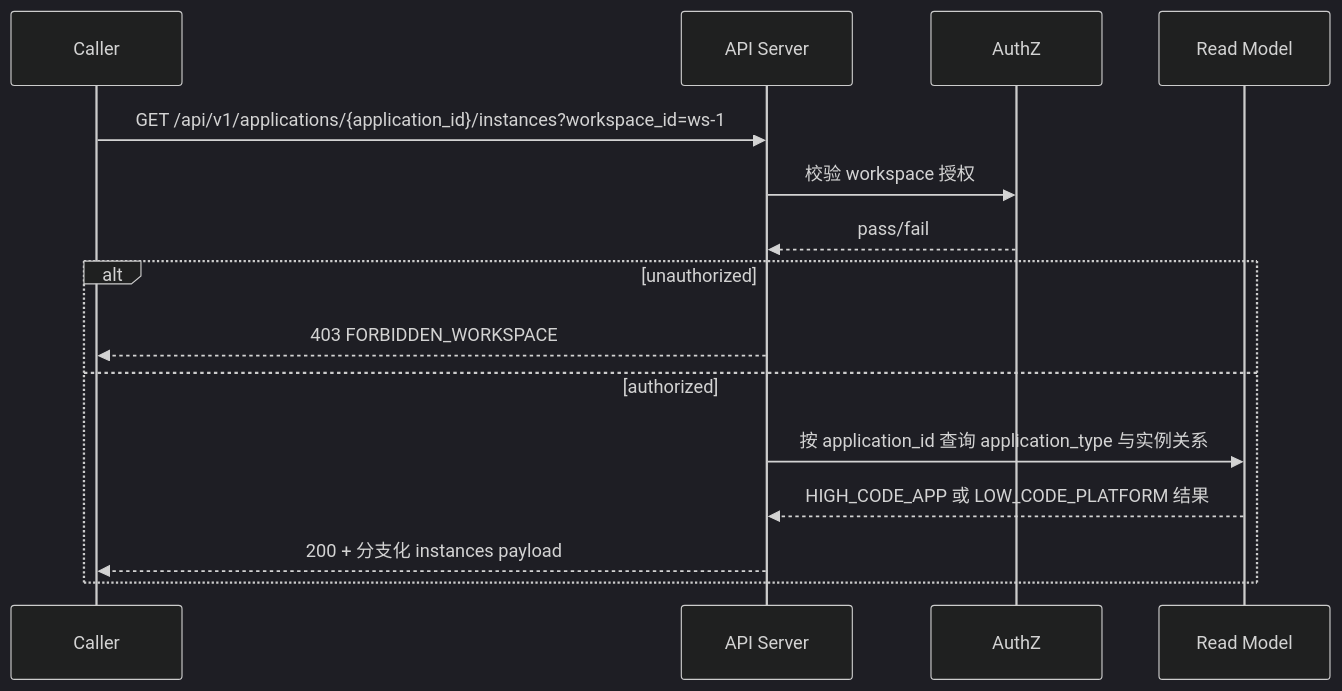
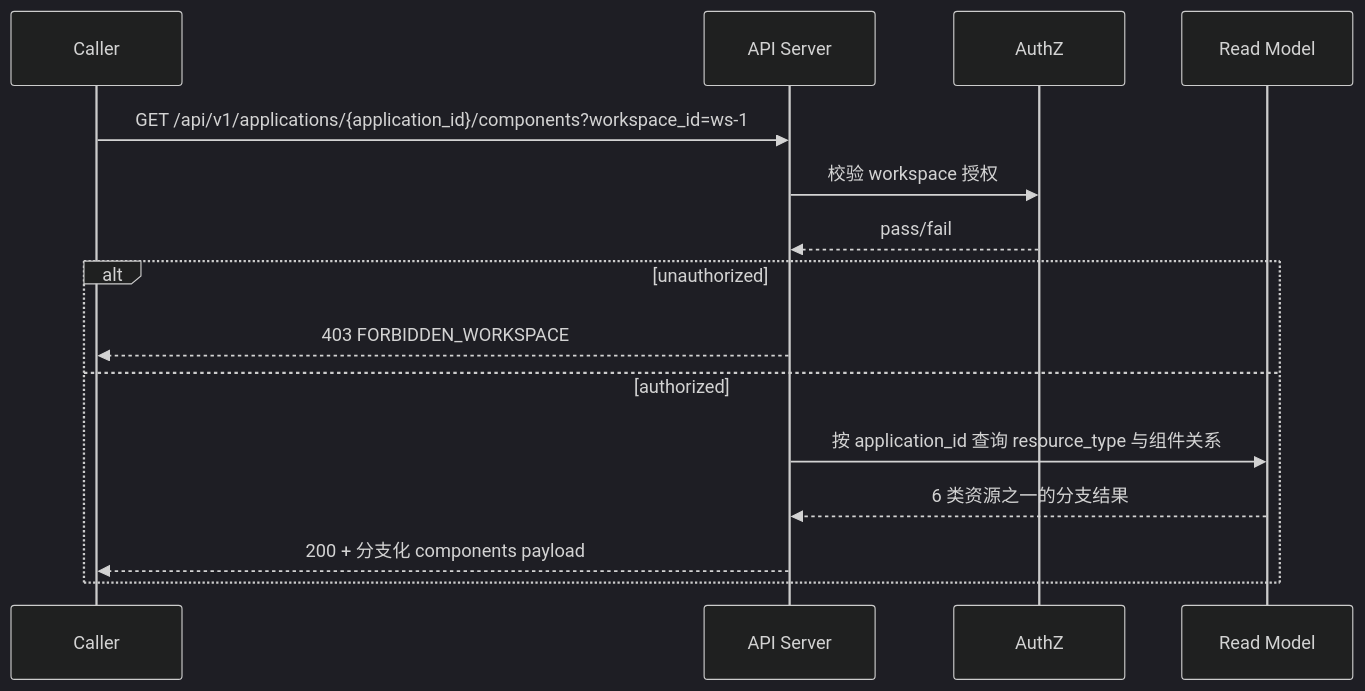
Diagram 14 of 25 in docs/design.md (sentanl869/aether), drawn with Mermaid (dark theme) before and after one commit. The commit also changed other lines of this file and 2 other files, not shown here.

Commit message:
[UPDATE]Complete T26 single-interface API baseline convergence (applications-only, unified application_id, components query, and action matrix) across design, decision, and task tracking docs

````diff
--- a/docs/design.md
+++ b/docs/design.md
@@ -1697,18 +1704,18 @@
 ```mermaid
 sequenceDiagram
   participant Client as Caller
   participant API as API Server
   participant Auth as AuthZ
   participant Read as Read Model
 
-  Client->>API: GET /api/v1/applications/{application_id}/instances?workspace_id=ws-1
+  Client->>API: GET /api/v1/applications/{application_id}/components?workspace_id=ws-1
   API->>Auth: 校验 workspace 授权
   Auth-->>API: pass/fail
   alt unauthorized
     API-->>Client: 403 FORBIDDEN_WORKSPACE
   else authorized
-    API->>Read: 按 application_id 查询 application_type 与实例关系
-    Read-->>API: HIGH_CODE_APP 或 LOW_CODE_PLATFORM 结果
-    API-->>Client: 200 + 分支化 instances payload
+    API->>Read: 按 application_id 查询 resource_type 与组件关系
+    Read-->>API: 6 类资源之一的分支结果
+    API-->>Client: 200 + 分支化 components payload
   end
 ```
````
